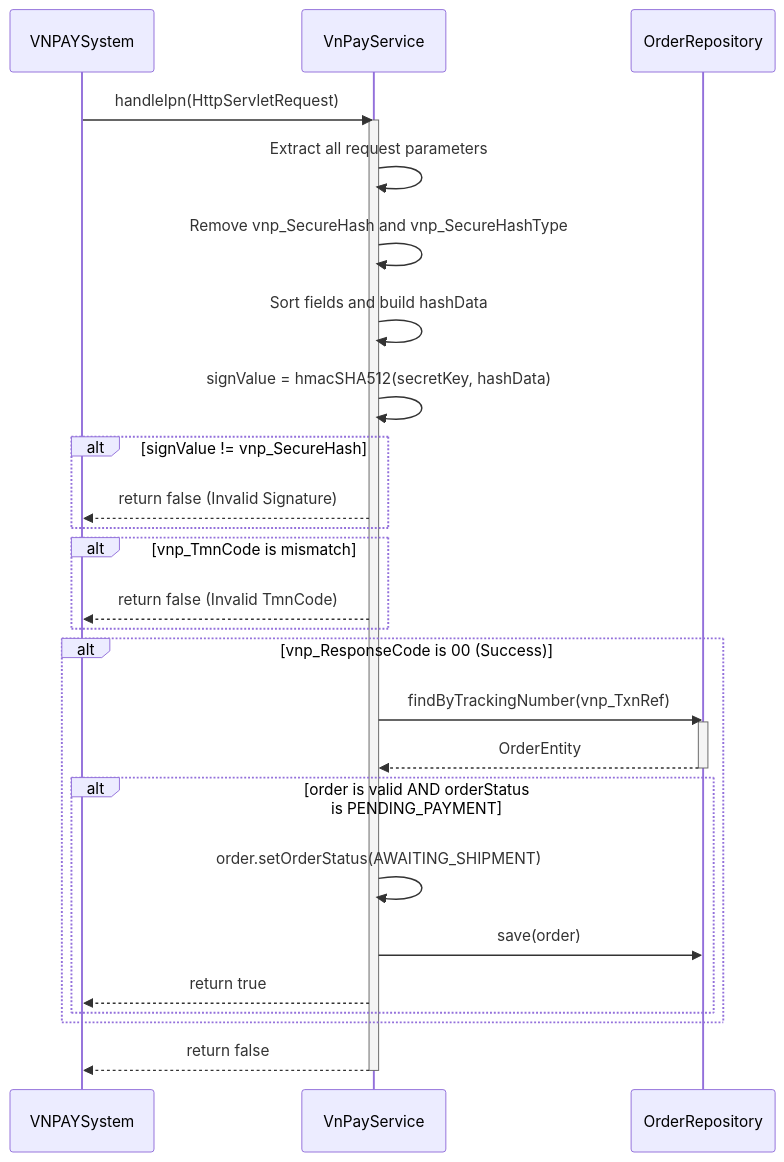
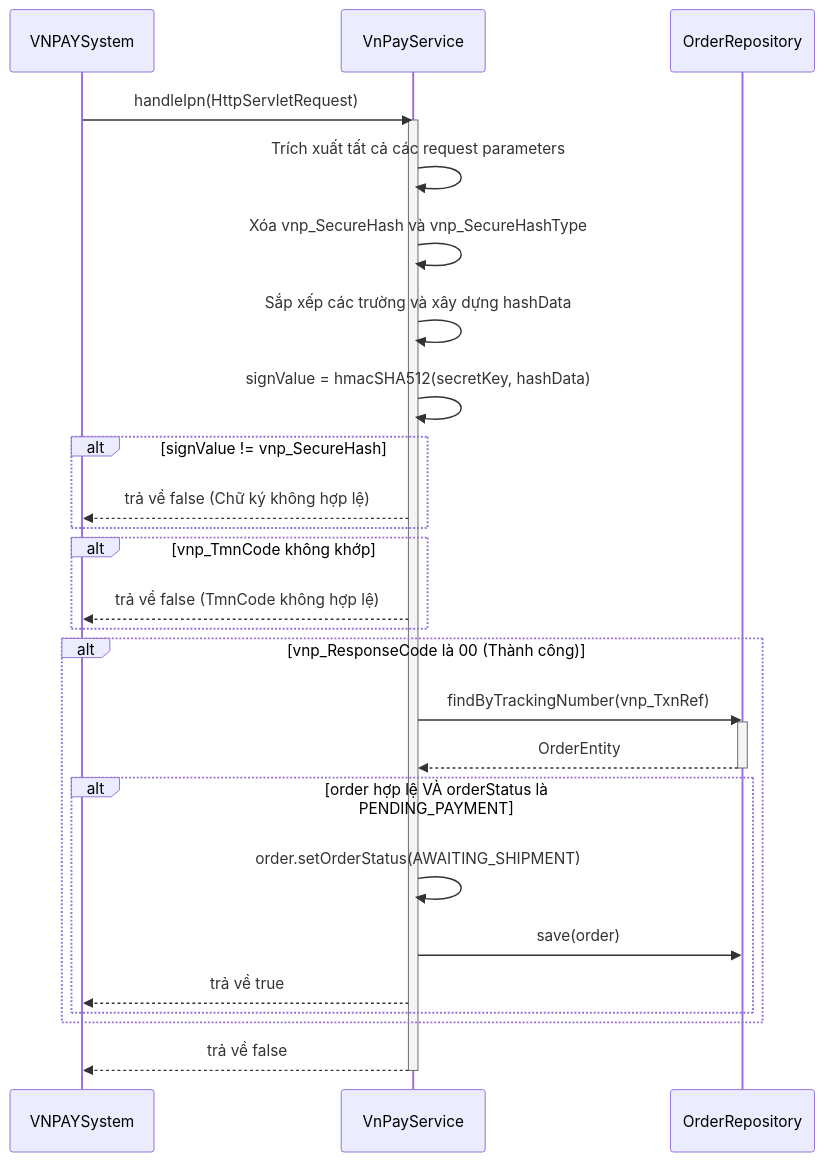
One commit to aquoc09/easymall changed the second of 2 diagrams in .agent/sequence/vnpay_service_sequence_diagrams.md. Above: the diagram before and after it, drawn with Mermaid. The commit also changed other lines of this file and 18 other files, not shown here.

Commit message:
UPDATE: Sequence diagram vietnamese

````diff
--- a/.agent/sequence/vnpay_service_sequence_diagrams.md
+++ b/.agent/sequence/vnpay_service_sequence_diagrams.md
@@ -33,39 +33,39 @@
 ```mermaid
 sequenceDiagram
     participant VNPAYSystem
     participant VnPayService
     participant OrderRepository
 
     VNPAYSystem->>VnPayService: handleIpn(HttpServletRequest)
     activate VnPayService
 
-    VnPayService->>VnPayService: Extract all request parameters
-    VnPayService->>VnPayService: Remove vnp_SecureHash and vnp_SecureHashType
+    VnPayService->>VnPayService: Trích xuất tất cả các request parameters
+    VnPayService->>VnPayService: Xóa vnp_SecureHash và vnp_SecureHashType
 
-    VnPayService->>VnPayService: Sort fields and build hashData
+    VnPayService->>VnPayService: Sắp xếp các trường và xây dựng hashData
     VnPayService->>VnPayService: signValue = hmacSHA512(secretKey, hashData)
 
     alt signValue != vnp_SecureHash
-        VnPayService-->>VNPAYSystem: return false (Invalid Signature)
+        VnPayService-->>VNPAYSystem: trả về false (Chữ ký không hợp lệ)
     end
 
-    alt vnp_TmnCode is mismatch
-        VnPayService-->>VNPAYSystem: return false (Invalid TmnCode)
+    alt vnp_TmnCode không khớp
+        VnPayService-->>VNPAYSystem: trả về false (TmnCode không hợp lệ)
     end
 
-    alt vnp_ResponseCode is 00 (Success)
+    alt vnp_ResponseCode là 00 (Thành công)
         VnPayService->>OrderRepository: findByTrackingNumber(vnp_TxnRef)
         activate OrderRepository
         OrderRepository-->>VnPayService: OrderEntity
         deactivate OrderRepository
 
-        alt order is valid AND orderStatus is PENDING_PAYMENT
+        alt order hợp lệ VÀ orderStatus là PENDING_PAYMENT
             VnPayService->>VnPayService: order.setOrderStatus(AWAITING_SHIPMENT)
             VnPayService->>OrderRepository: save(order)
-            VnPayService-->>VNPAYSystem: return true
+            VnPayService-->>VNPAYSystem: trả về true
         end
     end
 
-    VnPayService-->>VNPAYSystem: return false
+    VnPayService-->>VNPAYSystem: trả về false
     deactivate VnPayService
 ```
````
